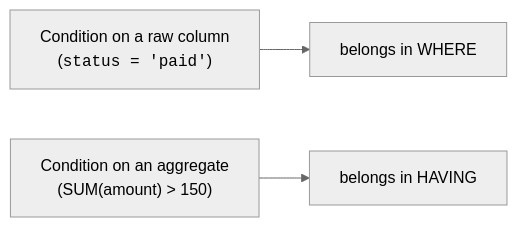
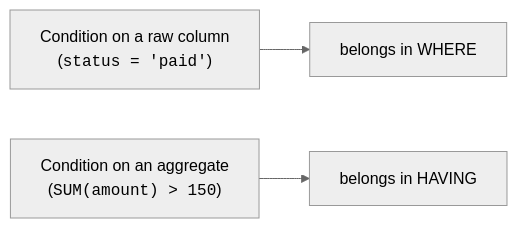
The diagram in content/learn/sql-analytics-duckdb/filtering-groups.mdx (dataslope/dataslope), drawn with Mermaid (neutral theme) before and after one commit. The commit also changed 56 other files, not shown here.

````diff
--- a/content/learn/sql-analytics-duckdb/filtering-groups.mdx
+++ b/content/learn/sql-analytics-duckdb/filtering-groups.mdx
@@ -134,5 +134,5 @@
 ```mermaid
 flowchart LR
     Cond1["Condition on a raw column<br/>(<code>status = 'paid'</code>)"] --> Where["belongs in WHERE"]
-    Cond2["Condition on an aggregate<br/>(SUM(amount) > 150)"] --> Having["belongs in HAVING"]
+    Cond2["Condition on an aggregate<br/>(<code>SUM(amount) &gt; 150</code>)"] --> Having["belongs in HAVING"]
 ```
````
